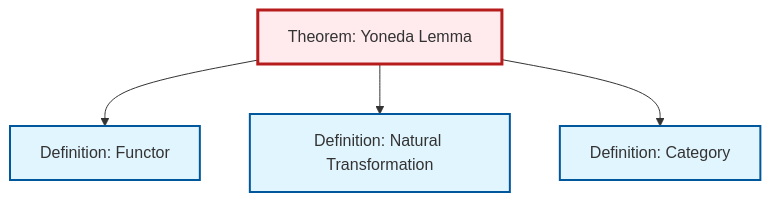
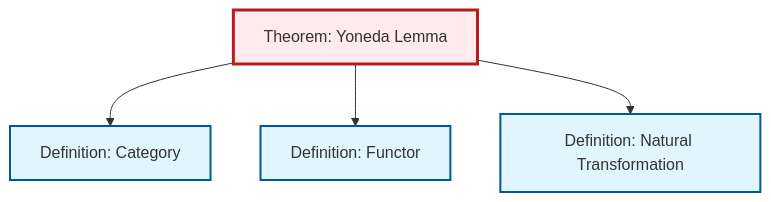
Before and after one commit to RK0429/ModernMath: the diagram in content/ja/category-theory/thm-yoneda.qmd, drawn with Mermaid. The commit also changed other lines of this file and 554 other files, not shown here.

````diff
--- a/content/ja/category-theory/thm-yoneda.qmd
+++ b/content/ja/category-theory/thm-yoneda.qmd
@@ -96,20 +96,20 @@
 ```{mermaid}
 %%| fig-cap: "Local dependency graph"
 graph TD
     classDef definition fill:#e1f5fe,stroke:#01579b,stroke-width:2px
     classDef theorem fill:#f3e5f5,stroke:#4a148c,stroke-width:2px
     classDef axiom fill:#fff3e0,stroke:#e65100,stroke-width:2px
     classDef example fill:#e8f5e9,stroke:#1b5e20,stroke-width:2px
     classDef current fill:#ffebee,stroke:#b71c1c,stroke-width:3px
-    def-natural-transformation["Definition: Natural Transformation"]:::definition
-    def-category["Definition: Category"]:::definition
     def-functor["Definition: Functor"]:::definition
     thm-yoneda["Theorem: Yoneda Lemma"]:::theorem
+    def-category["Definition: Category"]:::definition
+    def-natural-transformation["Definition: Natural Transformation"]:::definition
+    thm-yoneda --> def-category
     thm-yoneda --> def-functor
     thm-yoneda --> def-natural-transformation
-    thm-yoneda --> def-category
     class thm-yoneda current
+    click def-functor "def-functor.html" "Definition: Functorへ"
+    click def-category "def-category.html" "Definition: Categoryへ"
     click def-natural-transformation "def-natural-transformation.html" "Definition: Natural Transformationへ"
-    click def-category "def-category.html" "Definition: Categoryへ"
-    click def-functor "def-functor.html" "Definition: Functorへ"
 ```
````
